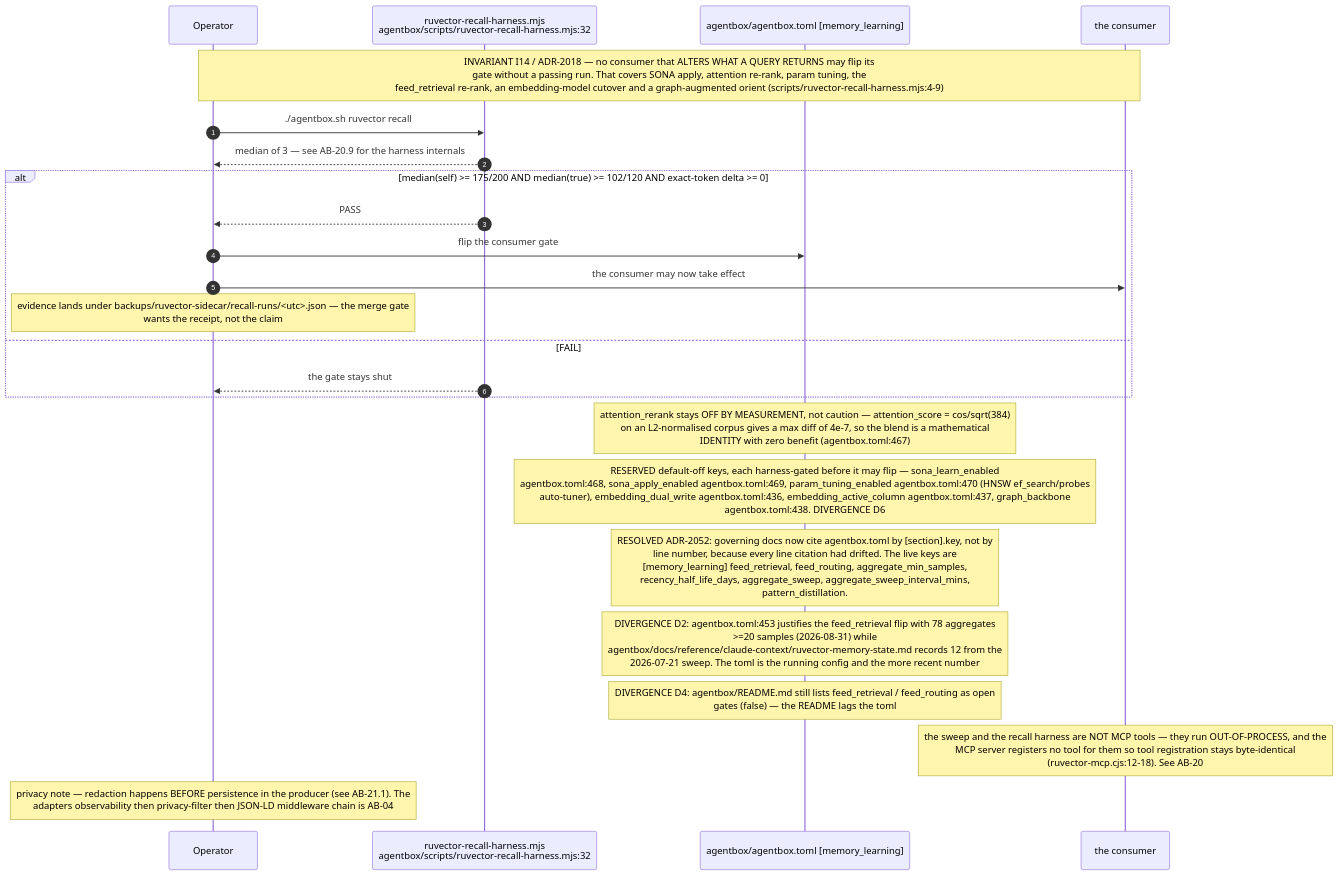
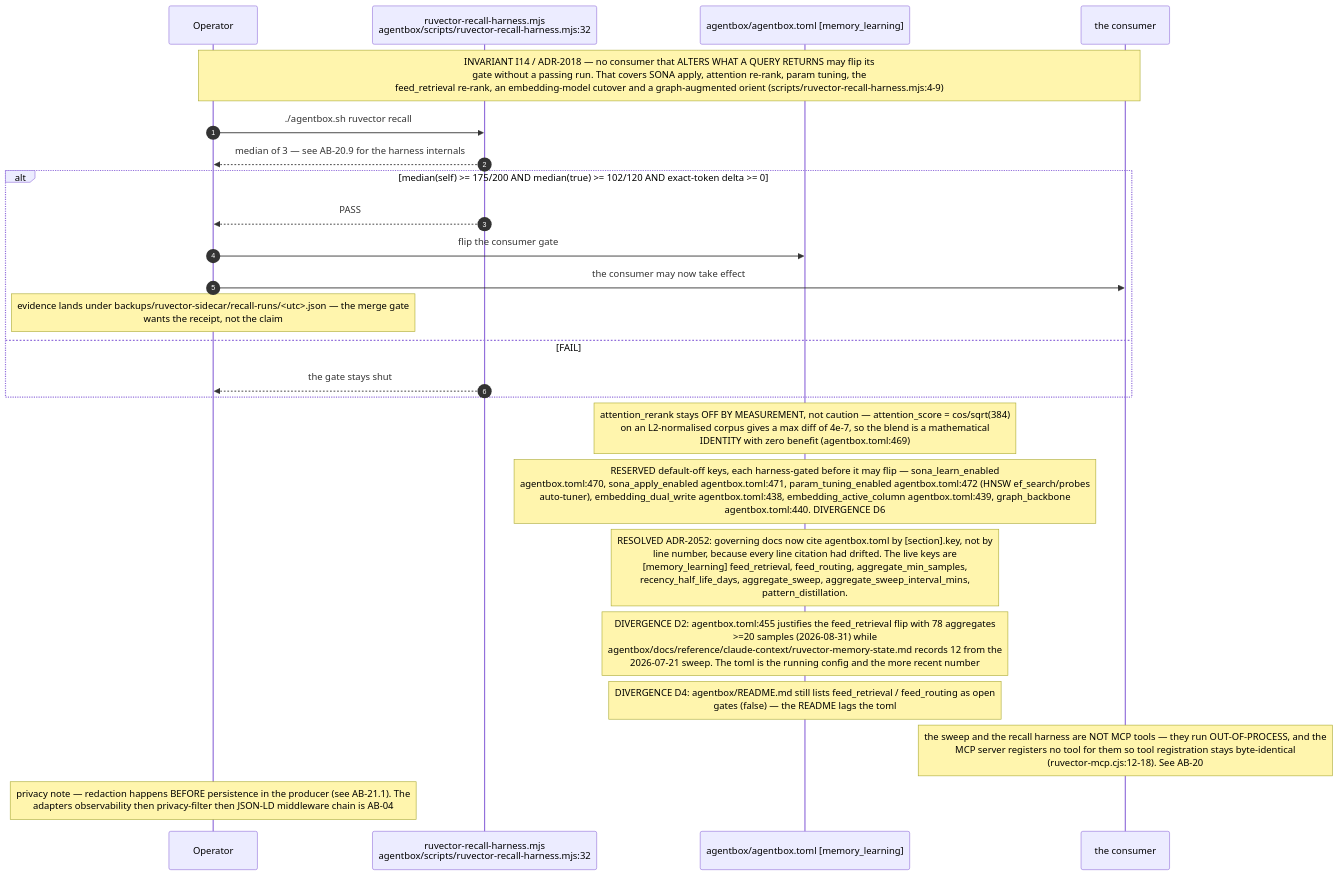
The tenth of 10 diagrams in docs/diagrams/agentbox/21-learning-loop.md (DreamLab-AI/VisionFlow), drawn with Mermaid before and after one commit. The commit also changed other lines of this file and 136 other files, not shown here.

First line of the commit message:
docs(diagrams): refresh the whole corpus to code HEAD and prune low-value diagrams

````diff
--- a/docs/diagrams/agentbox/21-learning-loop.md
+++ b/docs/diagrams/agentbox/21-learning-loop.md
@@ -431,27 +431,27 @@
 ```mermaid
 sequenceDiagram
     autonumber
     participant OP as Operator
     participant H as ruvector-recall-harness.mjs<br/>agentbox/scripts/ruvector-recall-harness.mjs:32
     participant TOML as agentbox/agentbox.toml [memory_learning]
     participant CONS as the consumer
 
     Note over OP,CONS: INVARIANT I14 / ADR-2018 — no consumer that ALTERS WHAT A QUERY RETURNS may flip its<br/>gate without a passing run. That covers SONA apply, attention re-rank, param tuning, the<br/>feed_retrieval re-rank, an embedding-model cutover and a graph-augmented orient (scripts/ruvector-recall-harness.mjs:4-9)
     OP->>H: ./agentbox.sh ruvector recall
     H-->>OP: median of 3 — see AB-20.9 for the harness internals
     alt median(self) >= 175/200 AND median(true) >= 102/120 AND exact-token delta >= 0
         H-->>OP: PASS
         OP->>TOML: flip the consumer gate
         OP->>CONS: the consumer may now take effect
         Note over OP: evidence lands under backups/ruvector-sidecar/recall-runs/<utc>.json — the merge gate<br/>wants the receipt, not the claim
     else FAIL
         H-->>OP: the gate stays shut
     end
-    Note over TOML: attention_rerank stays OFF BY MEASUREMENT, not caution — attention_score = cos/sqrt(384)<br/>on an L2-normalised corpus gives a max diff of 4e-7, so the blend is a mathematical<br/>IDENTITY with zero benefit (agentbox.toml:467)
-    Note over TOML: RESERVED default-off keys, each harness-gated before it may flip — sona_learn_enabled<br/>agentbox.toml:468, sona_apply_enabled agentbox.toml:469, param_tuning_enabled agentbox.toml:470 (HNSW ef_search/probes<br/>auto-tuner), embedding_dual_write agentbox.toml:436, embedding_active_column agentbox.toml:437, graph_backbone<br/>agentbox.toml:438. DIVERGENCE D6
+    Note over TOML: attention_rerank stays OFF BY MEASUREMENT, not caution — attention_score = cos/sqrt(384)<br/>on an L2-normalised corpus gives a max diff of 4e-7, so the blend is a mathematical<br/>IDENTITY with zero benefit (agentbox.toml:469)
+    Note over TOML: RESERVED default-off keys, each harness-gated before it may flip — sona_learn_enabled<br/>agentbox.toml:470, sona_apply_enabled agentbox.toml:471, param_tuning_enabled agentbox.toml:472 (HNSW ef_search/probes<br/>auto-tuner), embedding_dual_write agentbox.toml:438, embedding_active_column agentbox.toml:439, graph_backbone<br/>agentbox.toml:440. DIVERGENCE D6
     Note over TOML: RESOLVED ADR-2052: governing docs now cite agentbox.toml by [section].key, not by<br/>line number, because every line citation had drifted. The live keys are<br/>[memory_learning] feed_retrieval, feed_routing, aggregate_min_samples,<br/>recency_half_life_days, aggregate_sweep, aggregate_sweep_interval_mins,<br/>pattern_distillation.
-    Note over TOML: DIVERGENCE D2: agentbox.toml:453 justifies the feed_retrieval flip with 78 aggregates<br/>>=20 samples (2026-08-31) while<br/>agentbox/docs/reference/claude-context/ruvector-memory-state.md records 12 from the<br/>2026-07-21 sweep. The toml is the running config and the more recent number
+    Note over TOML: DIVERGENCE D2: agentbox.toml:455 justifies the feed_retrieval flip with 78 aggregates<br/>>=20 samples (2026-08-31) while<br/>agentbox/docs/reference/claude-context/ruvector-memory-state.md records 12 from the<br/>2026-07-21 sweep. The toml is the running config and the more recent number
     Note over TOML: DIVERGENCE D4: agentbox/README.md still lists feed_retrieval / feed_routing as open<br/>gates (false) — the README lags the toml
     Note over CONS: the sweep and the recall harness are NOT MCP tools — they run OUT-OF-PROCESS, and the<br/>MCP server registers no tool for them so tool registration stays byte-identical<br/>(ruvector-mcp.cjs:12-18). See AB-20
     Note over OP: privacy note — redaction happens BEFORE persistence in the producer (see AB-21.1). The<br/>adapters observability then privacy-filter then JSON-LD middleware chain is AB-04
 ```
````
